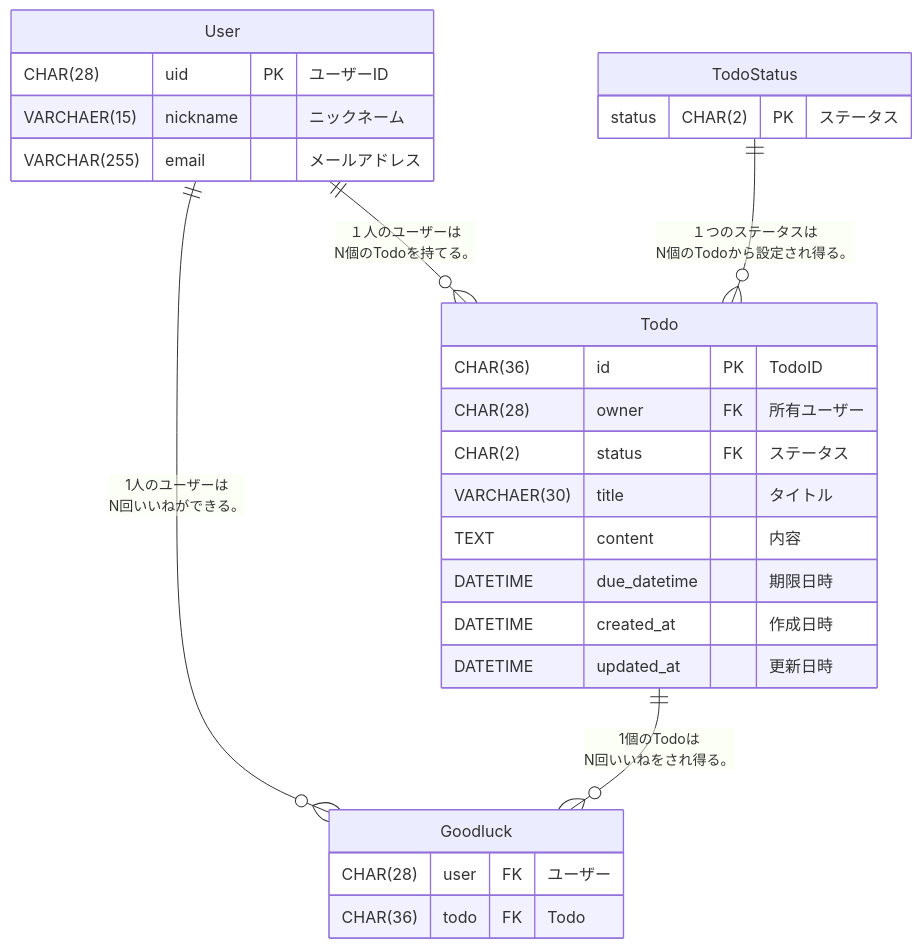
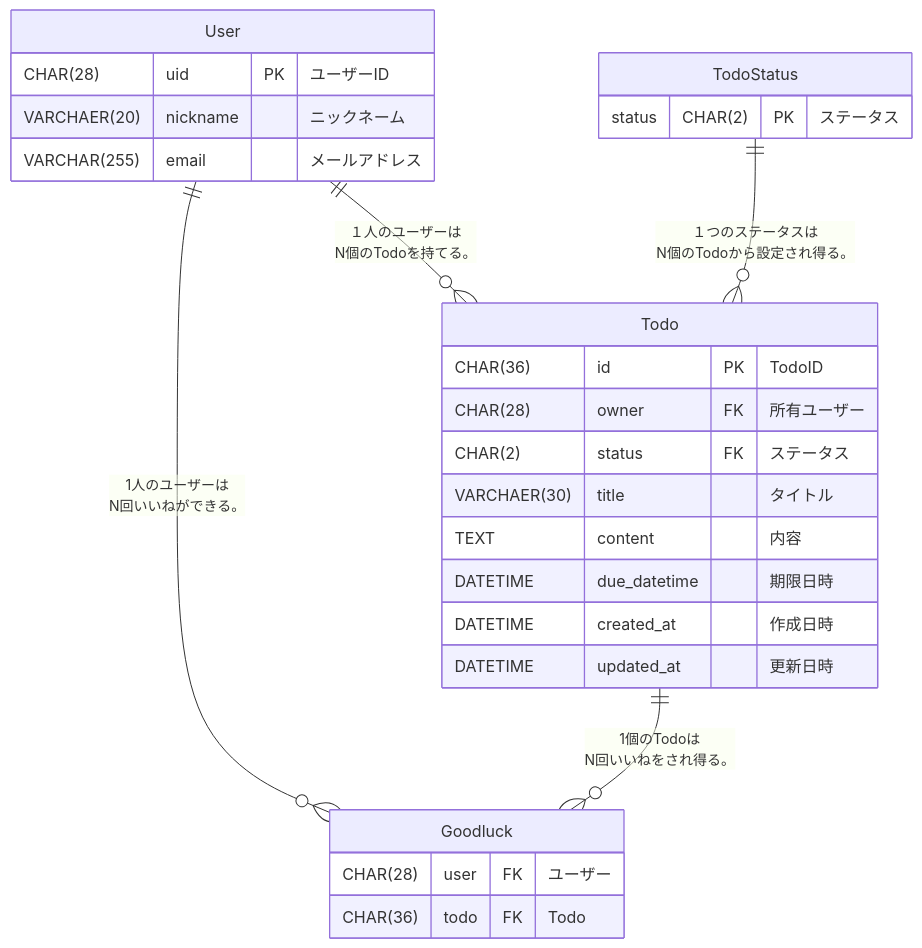
The diagram in README.md (Taro000/go-gin-openapi), drawn with Mermaid before and after one commit. The commit also changed 9 other files, not shown here.

````diff
--- a/README.md
+++ b/README.md
@@ -30,33 +30,33 @@
 ```mermaid
 erDiagram
     User {
         CHAR(28) uid PK "ユーザーID"
-        VARCHAER(15) nickname "ニックネーム"
+        VARCHAER(20) nickname "ニックネーム"
         VARCHAR(255) email "メールアドレス"
     }
 
     TodoStatus {
         status CHAR(2) PK "ステータス"
     }
 
     Todo {
         CHAR(36) id PK "TodoID"
         CHAR(28) owner FK "所有ユーザー"
         CHAR(2) status FK "ステータス"
         VARCHAER(30) title "タイトル"
         TEXT content "内容"
         DATETIME due_datetime "期限日時"
         DATETIME created_at "作成日時"
         DATETIME updated_at "更新日時"
     }
 
     Goodluck {
         CHAR(28) user FK "ユーザー"
         CHAR(36) todo FK "Todo"
     }
 
     User ||--o{ Todo :"１人のユーザーは<br>N個のTodoを持てる。"
     TodoStatus ||--o{ Todo :"１つのステータスは<br>N個のTodoから設定され得る。"
     User ||--o{ Goodluck :"1人のユーザーは<br>N回いいねができる。"
     Todo ||--o{ Goodluck :"1個のTodoは<br>N回いいねをされ得る。"
 ```
````
